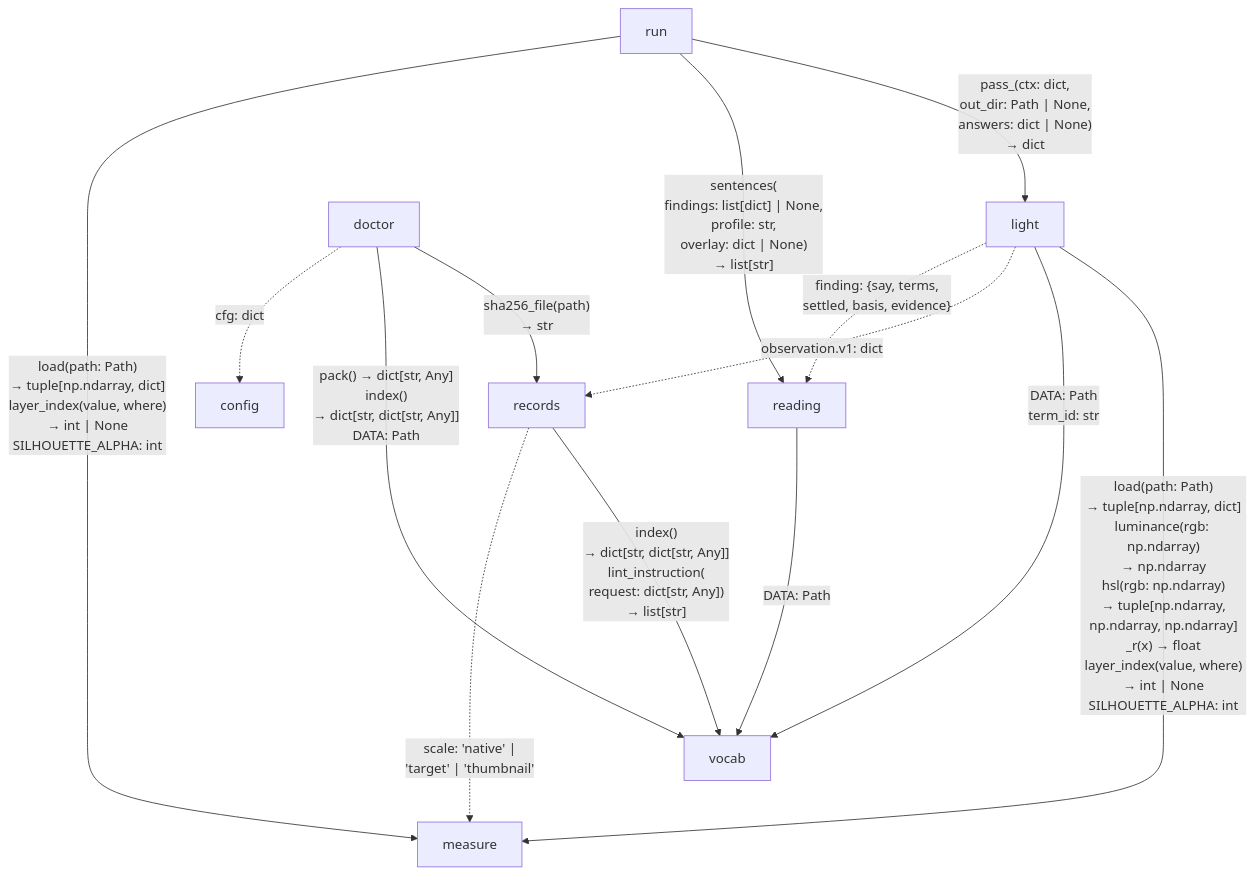
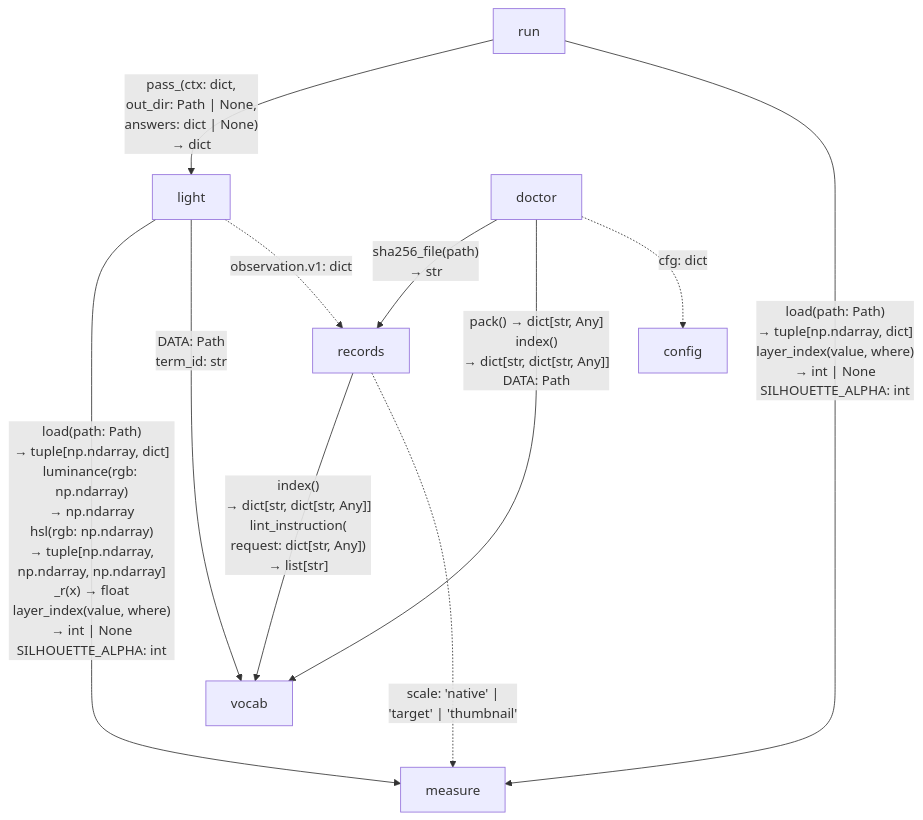
One commit to Stdev17/asrai changed the diagram in src/asrai/README.md. Above: the diagram before and after it, drawn with Mermaid. The commit also changed other lines of this file and 2 other files, not shown here.

````diff
--- a/src/asrai/README.md
+++ b/src/asrai/README.md
@@ -31,25 +36,21 @@
 ```mermaid
 flowchart TB
     CONFIG["config"]
     RUN["run"]
     LIGHT["light"]
-    READING["reading"]
     DOCTOR["doctor"]
     MEASURE["measure"]
     RECORDS["records"]
     VOCAB["vocab"]
 
     LIGHT -->|"load(path: Path)<br/>→ tuple[np.ndarray, dict]<br/>luminance(rgb: np.ndarray)<br/>→ np.ndarray<br/>hsl(rgb: np.ndarray)<br/>→ tuple[np.ndarray,<br/>np.ndarray, np.ndarray]<br/>_r(x) → float<br/>layer_index(value, where)<br/>→ int #124; None<br/>SILHOUETTE_ALPHA: int"| MEASURE
     RUN -->|"pass_(ctx: dict,<br/>out_dir: Path #124; None,<br/>answers: dict #124; None)<br/>→ dict"| LIGHT
-    RUN -->|"sentences(<br/>findings: list[dict] #124; None,<br/>profile: str,<br/>overlay: dict #124; None)<br/>→ list[str]"| READING
     RUN -->|"load(path: Path)<br/>→ tuple[np.ndarray, dict]<br/>layer_index(value, where)<br/>→ int #124; None<br/>SILHOUETTE_ALPHA: int"| MEASURE
     LIGHT -->|"DATA: Path<br/>term_id: str"| VOCAB
-    READING -->|"DATA: Path"| VOCAB
     DOCTOR -->|"sha256_file(path)<br/>→ str"| RECORDS
     DOCTOR -->|"pack() → dict[str, Any]<br/>index()<br/>→ dict[str, dict[str, Any]]<br/>DATA: Path"| VOCAB
     RECORDS -->|"index()<br/>→ dict[str, dict[str, Any]]<br/>lint_instruction(<br/>request: dict[str, Any])<br/>→ list[str]"| VOCAB
     LIGHT -.->|"observation.v1: dict"| RECORDS
-    LIGHT -.->|"finding: {say, terms,<br/>settled, basis, evidence}"| READING
     DOCTOR -.->|"cfg: dict"| CONFIG
     RECORDS -..->|"scale: 'native' #124;<br/>'target' #124; 'thumbnail'"| MEASURE
 ```
````
